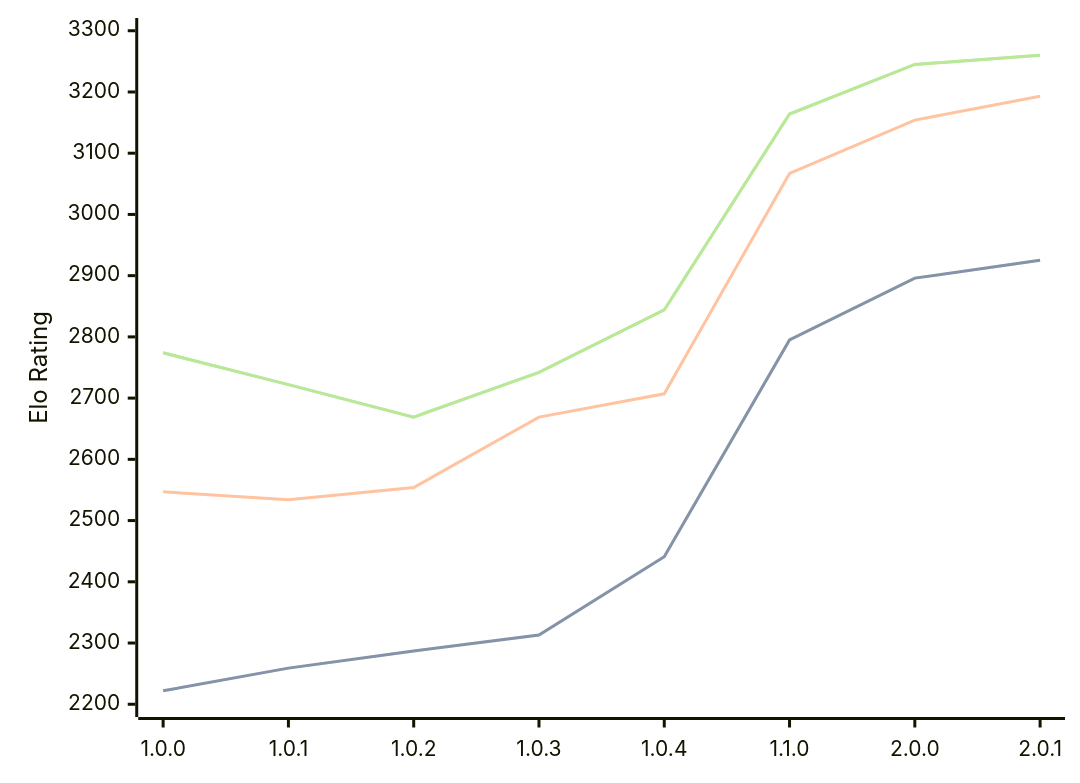
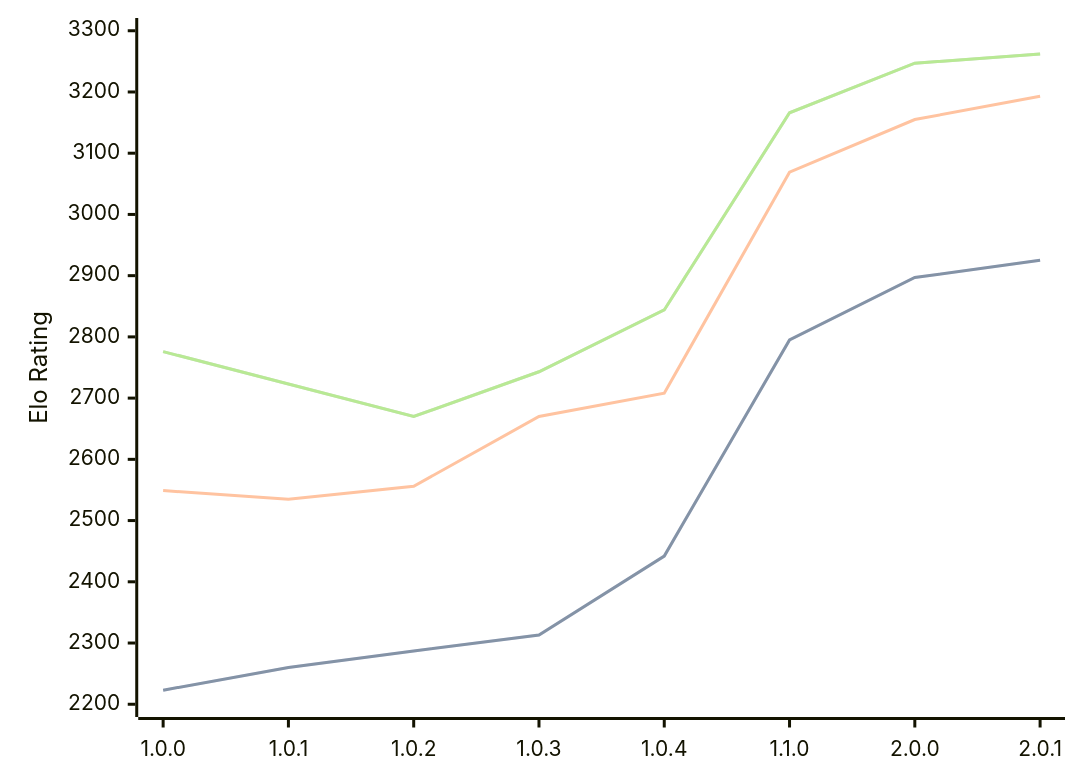
One commit to computer-chess-index/cci changed the diagram in engines/Grail.md. Above: the diagram before and after it, drawn with Mermaid. The commit also changed other lines of this file, not shown here.

Commit message:
Update CCI Ratings (ELO VLTC) - 2026-07-23

````diff
--- a/engines/Grail.md
+++ b/engines/Grail.md
@@ -38,11 +38,11 @@
 ```mermaid
 %%{init: {"theme":"base","themeVariables":{"seriesColors:['#a3a3a3','#222221','#faa371']}}}%%
 xychart-beta
   x-axis ["1.0.0", "1.0.1", "1.0.2", "1.0.3", "1.0.4", "1.1.0", "2.0.0", "2.0.1"]
   y-axis "Elo Rating" 2200 --> 3300
-  line "STC (8.0+0.08s)" [2222, 2259, 2287, 2313, 2441, 2795, 2896, 2925]
-  line "STC (8.0+0.08s)" [2222, 2259, 2287, 2313, 2441, 2795, 2896, 2925]
-  line "LTC (60.0+0.60s)" [2547, 2534, 2554, 2669, 2707, 3067, 3154, 3193]
-  line "VLTC (2m24s+1.12s)" [2774, 2722, 2669, 2742, 2844, 3164, 3245, 3260]
-  line "VLTC (2m24s+1.12s)" [2774, 2722, 2669, 2742, 2844, 3164, 3245, 3260]
+  line "STC (8.0+0.08s)" [2223, 2260, 2287, 2313, 2442, 2795, 2897, 2925]
+  line "STC (8.0+0.08s)" [2223, 2260, 2287, 2313, 2442, 2795, 2897, 2925]
+  line "LTC (60.0+0.60s)" [2549, 2535, 2556, 2670, 2708, 3069, 3155, 3193]
+  line "VLTC (2m24s+1.12s)" [2776, 2723, 2670, 2743, 2844, 3166, 3247, 3262]
+  line "VLTC (2m24s+1.12s)" [2776, 2723, 2670, 2743, 2844, 3166, 3247, 3262]
 ```
````
